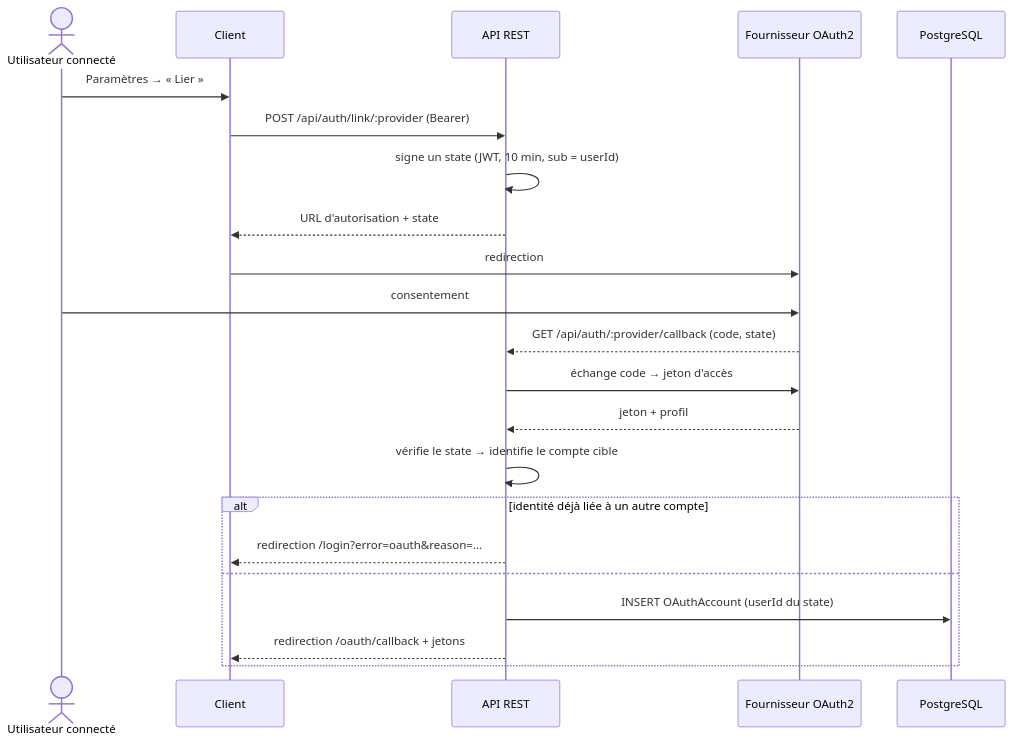
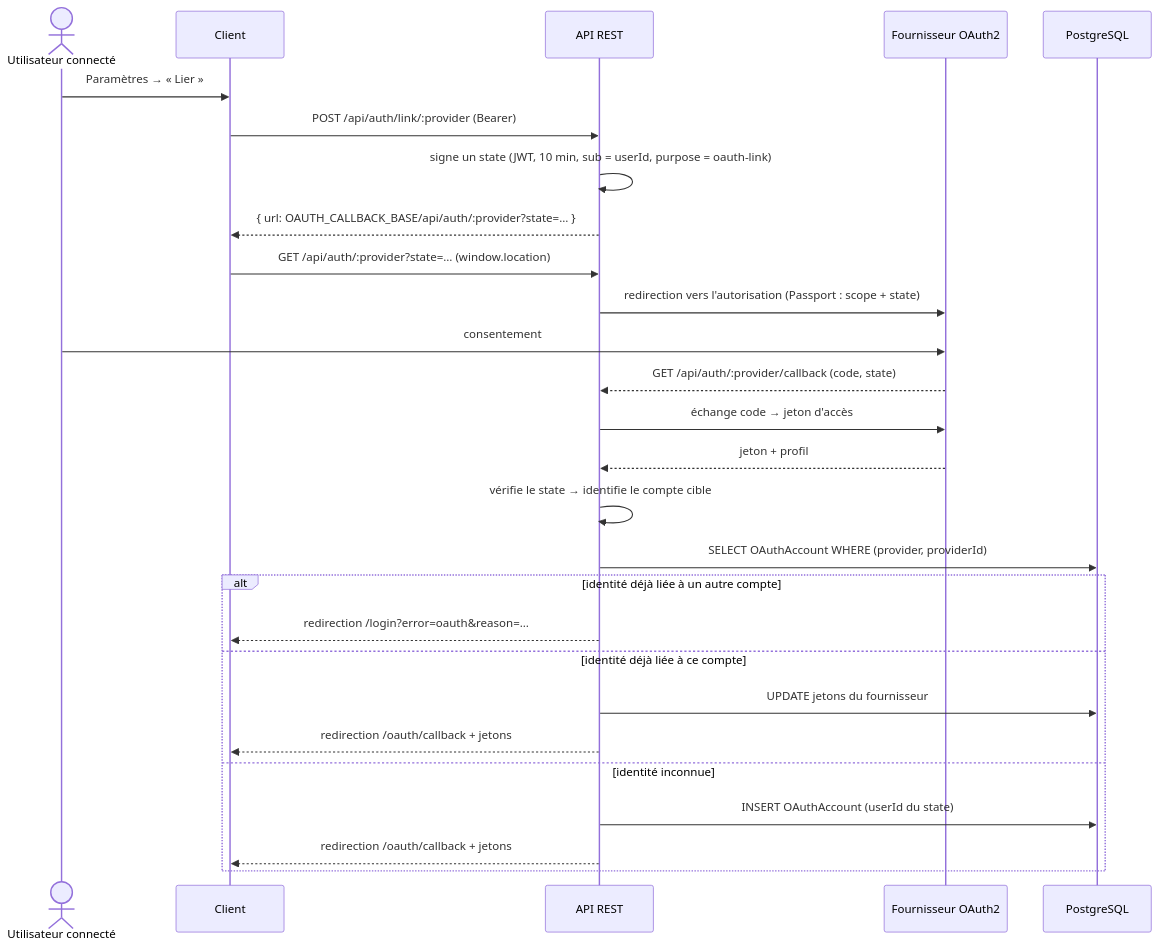
One commit to assurleaddev/supmeal changed the fourth of 10 diagrams in docs/documentation-technique.md. Above: the diagram before and after it, drawn with Mermaid. The commit also changed other lines of this file and 3 other files, not shown here.

First line of the commit message:
docs(uml): align every diagram with the code and add the missing models

````diff
--- a/docs/documentation-technique.md
+++ b/docs/documentation-technique.md
@@ -612,27 +678,32 @@
 ```mermaid
 sequenceDiagram
     actor U as Utilisateur connecté
     participant C as Client
     participant A as API REST
     participant P as Fournisseur OAuth2
     participant D as PostgreSQL
 
     U->>C: Paramètres → « Lier »
     C->>A: POST /api/auth/link/:provider (Bearer)
-    A->>A: signe un state (JWT, 10 min, sub = userId)
-    A-->>C: URL d'autorisation + state
-    C->>P: redirection
+    A->>A: signe un state (JWT, 10 min, sub = userId, purpose = oauth-link)
+    A-->>C: { url: OAUTH_CALLBACK_BASE/api/auth/:provider?state=… }
+    C->>A: GET /api/auth/:provider?state=… (window.location)
+    A->>P: redirection vers l'autorisation (Passport : scope + state)
 
     U->>P: consentement
     P-->>A: GET /api/auth/:provider/callback (code, state)
     A->>P: échange code → jeton d'accès
     P-->>A: jeton + profil
     A->>A: vérifie le state → identifie le compte cible
+    A->>D: SELECT OAuthAccount WHERE (provider, providerId)
 
     alt identité déjà liée à un autre compte
         A-->>C: redirection /login?error=oauth&reason=…
-    else
+    else identité déjà liée à ce compte
+        A->>D: UPDATE jetons du fournisseur
+        A-->>C: redirection /oauth/callback + jetons
+    else identité inconnue
         A->>D: INSERT OAuthAccount (userId du state)
         A-->>C: redirection /oauth/callback + jetons
     end
 ```
````
